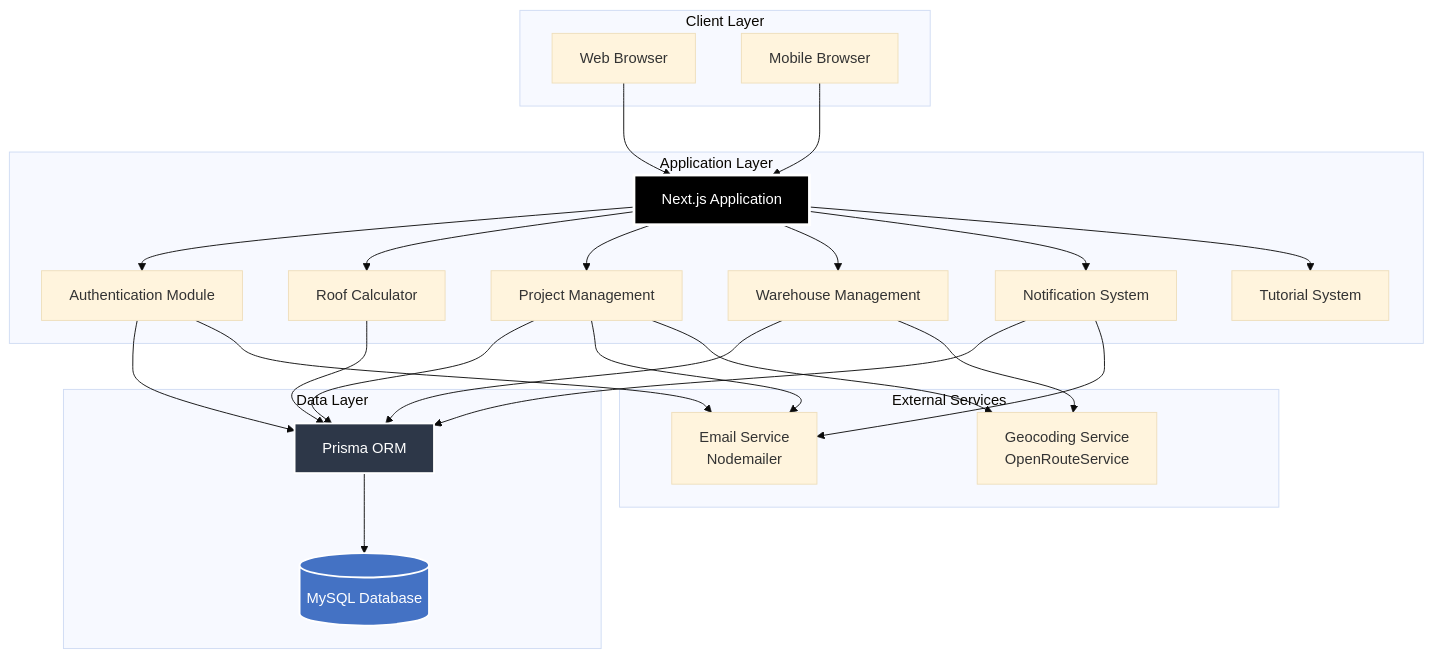
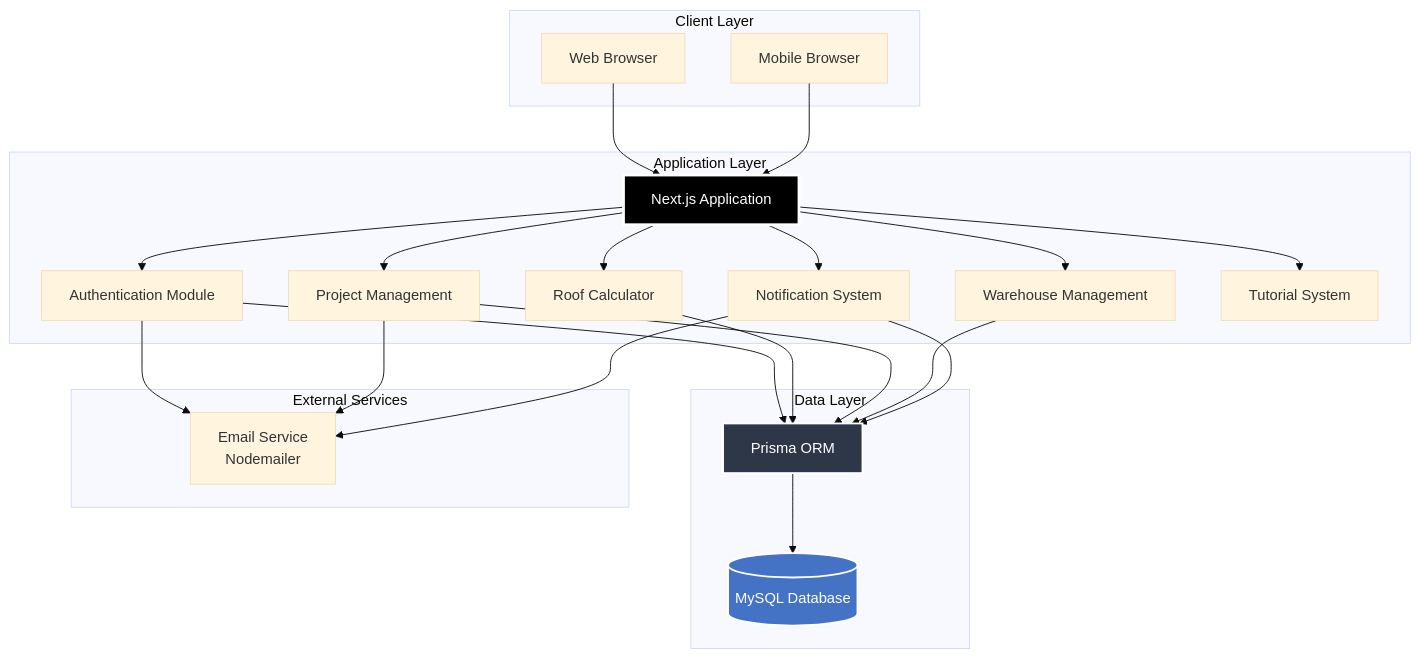
Before and after one commit to Justin322322/roofcal: the first of 13 diagrams in README.md, drawn with Mermaid (base theme). The commit also changed other lines of this file and 2 other files, not shown here.

````diff
--- a/README.md
+++ b/README.md
@@ -53,56 +51,53 @@
 ```mermaid
 flowchart TB
     subgraph "Client Layer"
         WEB[Web Browser]
         MOBILE[Mobile Browser]
     end
 
     subgraph "Application Layer"
         NEXT[Next.js Application]
         AUTH[Authentication Module]
         CALC[Roof Calculator]
         PROJ[Project Management]
         WARE[Warehouse Management]
         NOTIF[Notification System]
         TUTORIAL[Tutorial System]
     end
 
     subgraph "Data Layer"
         DB[(MySQL Database)]
         PRISMA[Prisma ORM]
     end
 
     subgraph "External Services"
         EMAIL[Email Service<br/>Nodemailer]
-        GEO[Geocoding Service<br/>OpenRouteService]
     end
 
     WEB --> NEXT
     MOBILE --> NEXT
     
     NEXT --> AUTH
     NEXT --> CALC
     NEXT --> PROJ
     NEXT --> WARE
     NEXT --> NOTIF
     NEXT --> TUTORIAL
     
     AUTH --> PRISMA
     CALC --> PRISMA
     PROJ --> PRISMA
     WARE --> PRISMA
     NOTIF --> PRISMA
     
     PRISMA --> DB
     
     AUTH --> EMAIL
     PROJ --> EMAIL
     NOTIF --> EMAIL
     
-    PROJ --> GEO
-    WARE --> GEO
 
     style NEXT fill:#000,stroke:#fff,stroke-width:3px,color:#fff
     style DB fill:#4472C4,stroke:#fff,stroke-width:2px,color:#fff
     style PRISMA fill:#2D3748,stroke:#fff,stroke-width:2px,color:#fff
 ```
````
